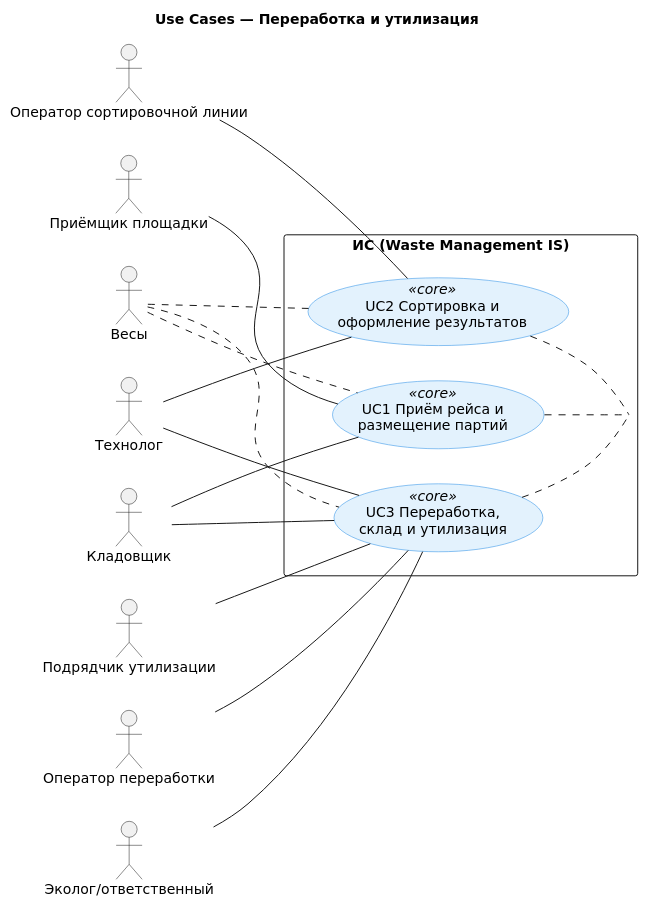
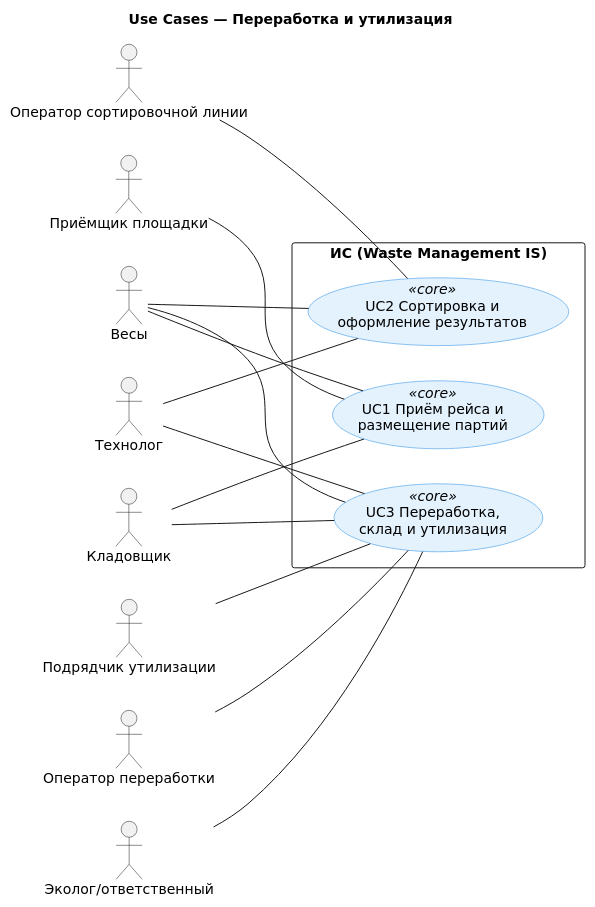
One commit to r4m63/Waste-Management changed the diagram in docs/3/usecase.puml. Above: the diagram before and after it, drawn with PlantUML. The commit also changed 2 other files, not shown here.

```diff
--- a/docs/3/usecase.puml
+++ b/docs/3/usecase.puml
@@ -1,42 +1,40 @@
 @startuml
 title Use Cases — Переработка и утилизация
 left to right direction
 skinparam defaultFontName "DejaVu Sans"
 skinparam usecase {
   BackgroundColor<<core>> #E3F2FD
   BorderColor #1E88E5
 }
 
 actor "Приёмщик площадки" as Receiver
 actor "Кладовщик" as Storekeeper
 actor "Оператор сортировочной линии" as LineOp
 actor "Технолог" as Technologist
 actor "Оператор переработки" as ProcOp
 actor "Эколог/ответственный" as Ecologist
 actor "Подрядчик утилизации" as Contractor
 actor "Весы" as Scales
 
 rectangle "ИС (Waste Management IS)" as IS {
   usecase "UC1 Приём рейса и\nразмещение партий" as UC1 <<core>>
   usecase "UC2 Сортировка и\nоформление результатов" as UC2 <<core>>
   usecase "UC3 Переработка,\nсклад и утилизация" as UC3 <<core>>
 }
 
+' --- Связи акторов с UC ---
 Receiver -- UC1
 Storekeeper -- UC1
-Scales .. UC1
-UC1 .. IS
+Scales -- UC1
 
 Technologist -- UC2
 LineOp -- UC2
-Scales .. UC2
-UC2 .. IS
+Scales -- UC2
 
 Storekeeper -- UC3
 ProcOp -- UC3
 Technologist -- UC3
 Ecologist -- UC3
 Contractor -- UC3
-Scales .. UC3
-UC3 .. IS
+Scales -- UC3
 @enduml
```
